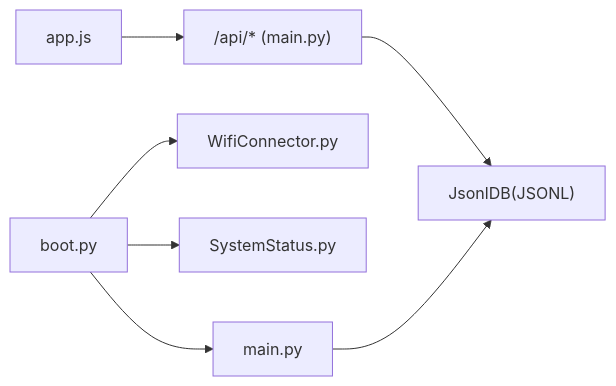
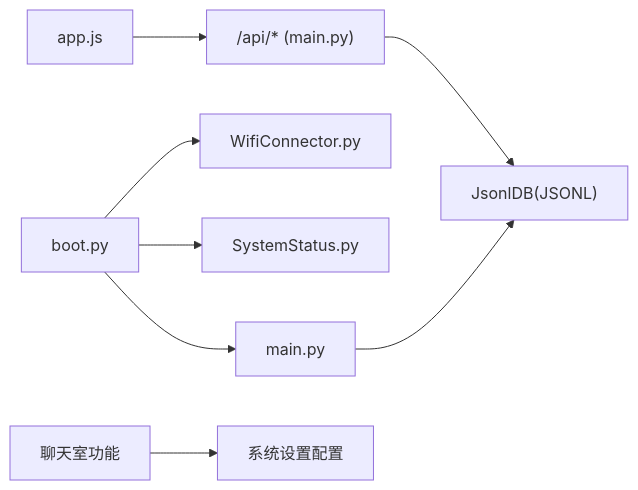
One commit to qq20739111/weilushishe-lishitai changed the fourth of 4 diagrams in .qoder/repowiki/zh/content/Web界面/JavaScript交互逻辑/UI组件与交互.md. Above: the diagram before and after it, drawn with Mermaid. The commit also changed other lines of this file and 23 other files, not shown here.

````diff
--- a/.qoder/repowiki/zh/content/Web界面/JavaScript交互逻辑/UI组件与交互.md
+++ b/.qoder/repowiki/zh/content/Web界面/JavaScript交互逻辑/UI组件与交互.md
@@ -289,9 +360,10 @@
 ```mermaid
 graph LR
 JS["app.js"] --> API["/api/* (main.py)"]
 API --> DB["JsonlDB(JSONL)"]
 BOOT["boot.py"] --> WIFI["WifiConnector.py"]
 BOOT --> SYS["SystemStatus.py"]
 BOOT --> MAIN["main.py"]
 MAIN --> DB
+CHAT["聊天室功能"] --> SETTINGS["系统设置配置"]
 ```
````
